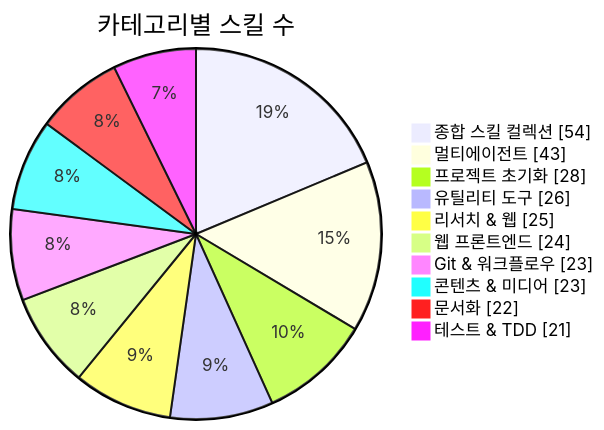
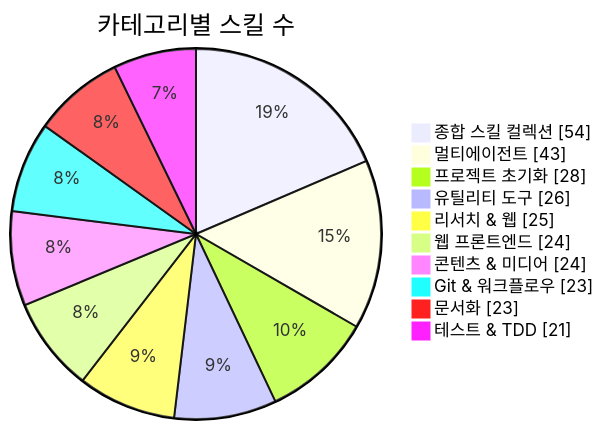
One commit to J-nowcow/awesome-korean-agent-skills changed the first of 3 diagrams in README.md. Above: the diagram before and after it, drawn with Mermaid. The commit also changed other lines of this file and 6 other files, not shown here.

````diff
--- a/README.md
+++ b/README.md
@@ -176,14 +176,14 @@
 ```mermaid
 pie showData
     title 카테고리별 스킬 수
     "종합 스킬 컬렉션" : 54
     "멀티에이전트" : 43
     "프로젝트 초기화" : 28
     "유틸리티 도구" : 26
     "리서치 & 웹" : 25
     "웹 프론트엔드" : 24
+    "콘텐츠 & 미디어" : 24
     "Git & 워크플로우" : 23
-    "콘텐츠 & 미디어" : 23
-    "문서화" : 22
+    "문서화" : 23
     "테스트 & TDD" : 21
 ```
````
